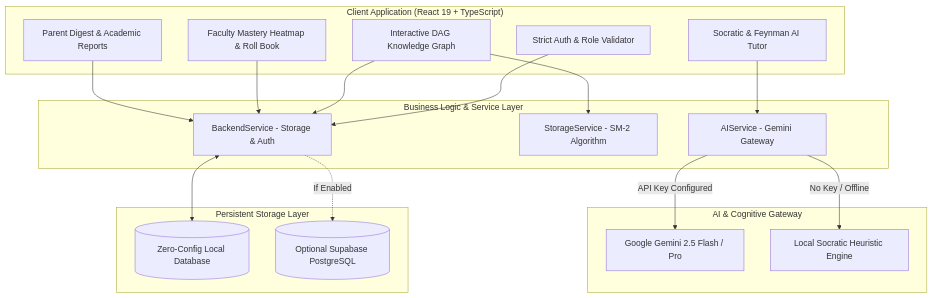
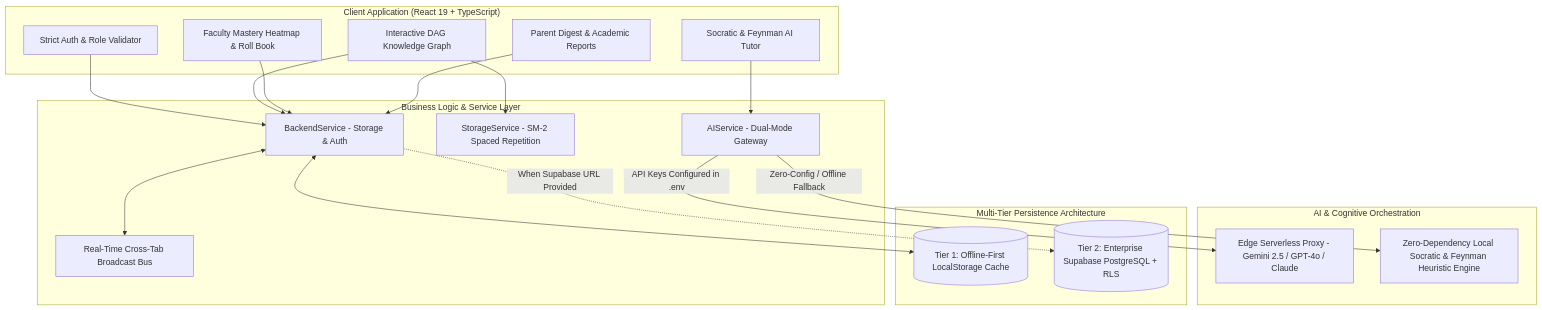
Before and after one commit to 10-Mohan/edtech: the first of 2 diagrams in README.md, drawn with Mermaid. The commit also changed other lines of this file and 1 other file, not shown here.

Commit message:
docs: complete README overhaul with persistence architecture, AI wiring, 41 Vitest test suites, and CI badges

````diff
--- a/README.md
+++ b/README.md
@@ -186,39 +131,41 @@
 ```mermaid
 flowchart TD
     subgraph Client["Client Application (React 19 + TypeScript)"]
         AUTH[Strict Auth & Role Validator]
         KG[Interactive DAG Knowledge Graph]
         FEYN[Socratic & Feynman AI Tutor]
         TEACH[Faculty Mastery Heatmap & Roll Book]
         PARENT[Parent Digest & Academic Reports]
     end
 
     subgraph Logic["Business Logic & Service Layer"]
         BACKEND[BackendService - Storage & Auth]
-        SM2_SRV[StorageService - SM-2 Algorithm]
-        AI_SRV[AIService - Gemini Gateway]
+        SM2_SRV[StorageService - SM-2 Spaced Repetition]
+        AI_SRV[AIService - Dual-Mode Gateway]
+        SYNC_BUS[Real-Time Cross-Tab Broadcast Bus]
     end
 
-    subgraph AI_Engines["AI & Cognitive Gateway"]
-        GEMINI[Google Gemini 2.5 Flash / Pro]
-        FALLBACK[Local Socratic Heuristic Engine]
+    subgraph AI_Gateway["AI & Cognitive Orchestration"]
+        GEMINI[Edge Serverless Proxy - Gemini 2.5 / GPT-4o / Claude]
+        FALLBACK[Zero-Dependency Local Socratic & Feynman Heuristic Engine]
     end
 
-    subgraph Data["Persistent Storage Layer"]
-        LOCAL[(Zero-Config Local Database)]
-        SUPA[(Optional Supabase PostgreSQL)]
+    subgraph Persistence["Multi-Tier Persistence Architecture"]
+        LOCAL[(Tier 1: Offline-First LocalStorage Cache)]
+        SUPA[(Tier 2: Enterprise Supabase PostgreSQL + RLS)]
     end
 
     AUTH --> BACKEND
     KG --> BACKEND
     TEACH --> BACKEND
     PARENT --> BACKEND
     KG --> SM2_SRV
+    BACKEND <--> SYNC_BUS
 
     FEYN --> AI_SRV
-    AI_SRV -->|API Key Configured| GEMINI
-    AI_SRV -->|No Key / Offline| FALLBACK
+    AI_SRV -->|API Keys Configured in .env| GEMINI
+    AI_SRV -->|Zero-Config / Offline Fallback| FALLBACK
 
     BACKEND <--> LOCAL
-    BACKEND -.->|If Enabled| SUPA
+    BACKEND -.->|When Supabase URL Provided| SUPA
 ```
````
